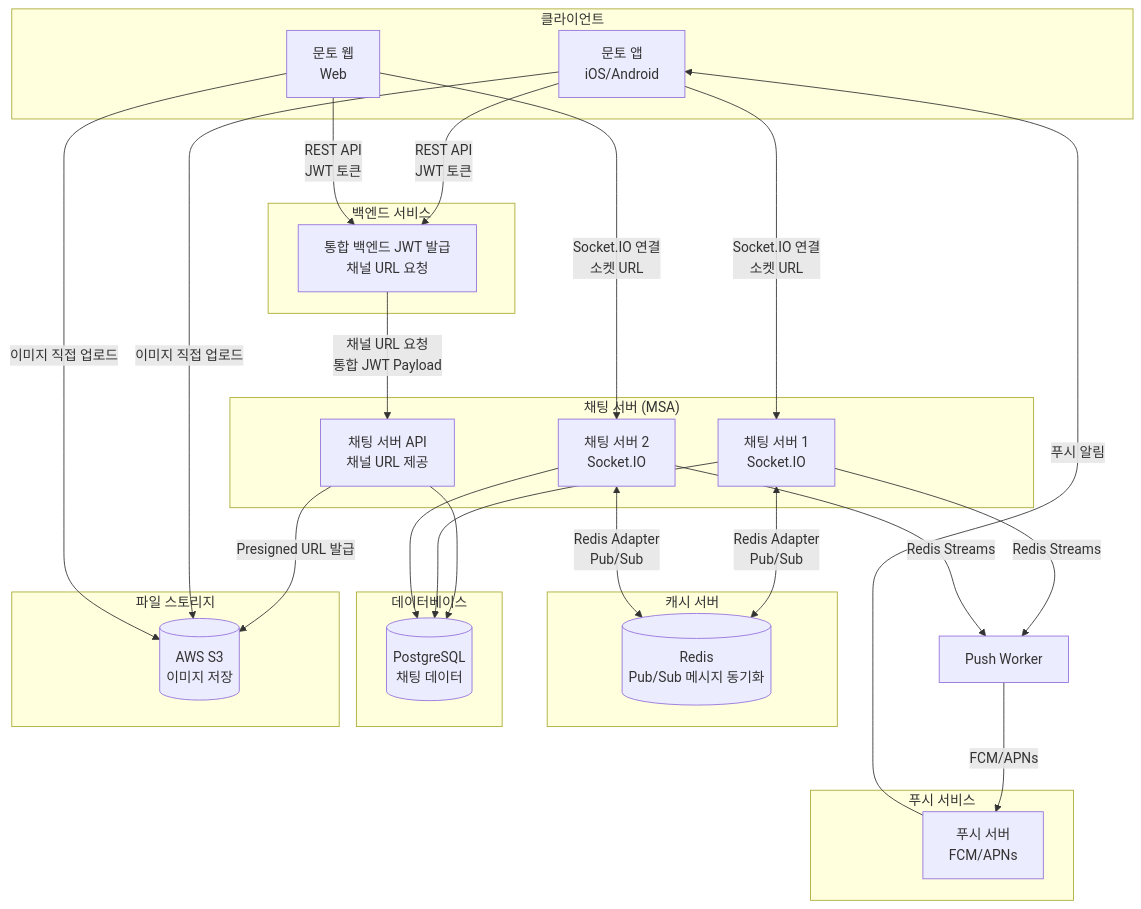
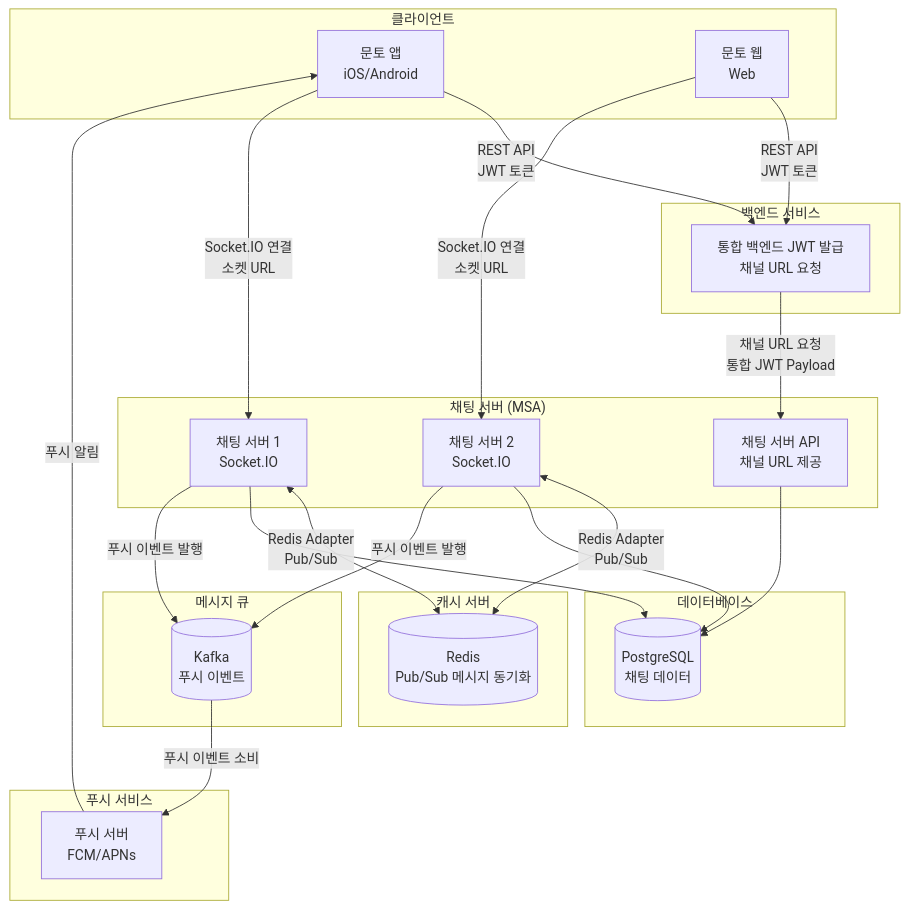
One commit to gracegyu/munto_docs changed the diagram in munto_docs/채팅내제화/채팅SRS.md. Above: the diagram before and after it, drawn with Mermaid. The commit also changed other lines of this file and 2 other files, not shown here.

Commit message:
채팅 서비스 SRS 문서 업데이트: 푸시 발송 구조를 Kafka에서 Redis Streams + Push Worker로 변경 요청. Redis Streams의 장점 및 SRS 문서 내 관련 내용 수정 필요성 강조. Redis 구성 상세 및 비용 예측 추가.

````diff
--- a/munto_docs/채팅내제화/채팅SRS.md
+++ b/munto_docs/채팅내제화/채팅SRS.md
@@ -139,58 +201,54 @@
 ```mermaid
 graph TB
     subgraph Client["클라이언트"]
         App[문토 앱<br/>iOS/Android]
         Web[문토 웹<br/>Web]
     end
 
     subgraph Backend["백엔드 서비스"]
         MuntoBE[통합 백엔드 JWT 발급<br/>채널 URL 요청]
     end
 
     subgraph ChatService["채팅 서버 (MSA)"]
         ChatAPI[채팅 서버 API<br/>채널 URL 제공]
         ChatWS1[채팅 서버 1<br/>Socket.IO]
         ChatWS2[채팅 서버 2<br/>Socket.IO]
     end
 
     subgraph Cache["캐시 서버"]
         Redis[(Redis<br/>Pub/Sub 메시지 동기화)]
     end
 
     subgraph Database["데이터베이스"]
         PostgreSQL[(PostgreSQL<br/>채팅 데이터)]
     end
 
-    subgraph Storage["파일 스토리지"]
-        S3[(AWS S3<br/>이미지 저장)]
+    subgraph MessageQueue["메시지 큐"]
+        Kafka[(Kafka<br/>푸시 이벤트)]
     end
 
     subgraph PushService["푸시 서비스"]
         PushServer[푸시 서버<br/>FCM/APNs]
     end
 
     App -->|REST API<br/>JWT 토큰| MuntoBE
     Web -->|REST API<br/>JWT 토큰| MuntoBE
 
     MuntoBE -->|채널 URL 요청<br/>통합 JWT Payload| ChatAPI
 
     App -->|Socket.IO 연결<br/>소켓 URL| ChatWS1
     Web -->|Socket.IO 연결<br/>소켓 URL| ChatWS2
 
     ChatWS1 <-->|Redis Adapter<br/>Pub/Sub| Redis
     ChatWS2 <-->|Redis Adapter<br/>Pub/Sub| Redis
 
     ChatAPI --> PostgreSQL
     ChatWS1 --> PostgreSQL
     ChatWS2 --> PostgreSQL
 
-    ChatAPI -->|Presigned URL 발급| S3
-    App -->|이미지 직접 업로드| S3
-    Web -->|이미지 직접 업로드| S3
-
-    ChatWS1 -->|Redis Streams| PushWorker
-    ChatWS2 -->|Redis Streams| PushWorker
-    PushWorker[Push Worker] -->|FCM/APNs| PushServer
+    ChatWS1 -->|푸시 이벤트 발행| Kafka
+    ChatWS2 -->|푸시 이벤트 발행| Kafka
+    Kafka -->|푸시 이벤트 소비| PushServer
     PushServer -->|푸시 알림| App
 
 ```
````
